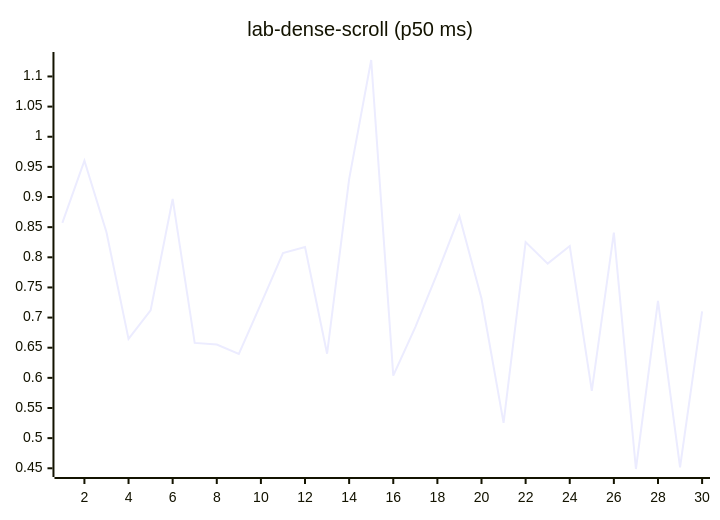
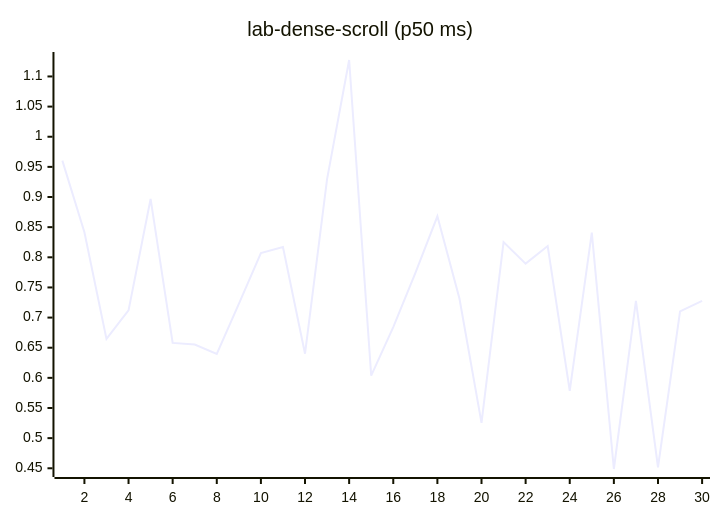
Diagram 12 of 27 in README.md (josha/Facet), drawn with Mermaid before and after one commit. The commit also changed other lines of this file and 2 other files, not shown here.

````diff
--- a/README.md
+++ b/README.md
@@ -140,6 +140,6 @@
 ```mermaid
 xychart-beta
     title "lab-dense-scroll (p50 ms)"
     x-axis 1 --> 30
-    line [0.8570, 0.9604, 0.8416, 0.6647, 0.7120, 0.8968, 0.6580, 0.6552, 0.6397, 0.7226, 0.8071, 0.8171, 0.6401, 0.9297, 1.1273, 0.6038, 0.6843, 0.7739, 0.8680, 0.7317, 0.5254, 0.8252, 0.7895, 0.8186, 0.5785, 0.8409, 0.4488, 0.7278, 0.4517, 0.7102]
+    line [0.9604, 0.8416, 0.6647, 0.7120, 0.8968, 0.6580, 0.6552, 0.6397, 0.7226, 0.8071, 0.8171, 0.6401, 0.9297, 1.1273, 0.6038, 0.6843, 0.7739, 0.8680, 0.7317, 0.5254, 0.8252, 0.7895, 0.8186, 0.5785, 0.8409, 0.4488, 0.7278, 0.4517, 0.7102, 0.7278]
 ```
````
